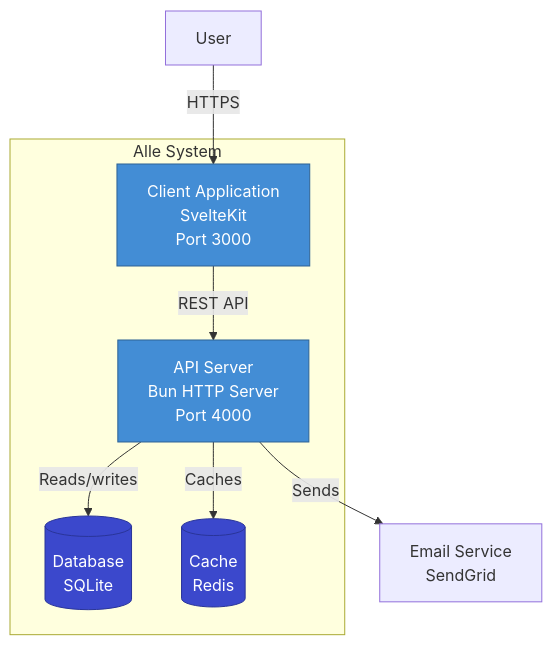
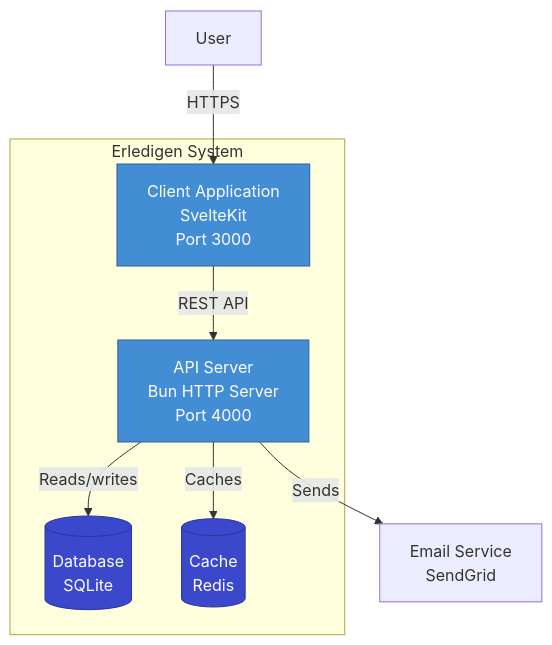
One commit to funkybooboo/erledigen changed the second of 9 diagrams in docs/devs/standards/diagramming-standards.md. Above: the diagram before and after it, drawn with Mermaid. The commit also changed other lines of this file and 123 other files, not shown here.

First line of the commit message:
chore: rename alle to erledigen, bump deps, refresh docs

````diff
--- a/docs/devs/standards/diagramming-standards.md
+++ b/docs/devs/standards/diagramming-standards.md
@@ -114,24 +114,24 @@
 ```mermaid
 graph TB
     User[User]
 
-    subgraph "Alle System"
+    subgraph "Erledigen System"
         Client[Client Application<br/>SvelteKit<br/>Port 3000]
         API[API Server<br/>Bun HTTP Server<br/>Port 4000]
         DB[(Database<br/>SQLite)]
         Cache[(Cache<br/>Redis)]
     end
 
     Email[Email Service<br/>SendGrid]
 
     User -->|HTTPS| Client
     Client -->|REST API| API
     API -->|Reads/writes| DB
     API -->|Caches| Cache
     API -->|Sends| Email
 
     style Client fill:#438dd5,stroke:#2e6295,color:#ffffff
     style API fill:#438dd5,stroke:#2e6295,color:#ffffff
     style DB fill:#3b48cc,stroke:#2a3599,color:#ffffff
     style Cache fill:#3b48cc,stroke:#2a3599,color:#ffffff
 ```
````
